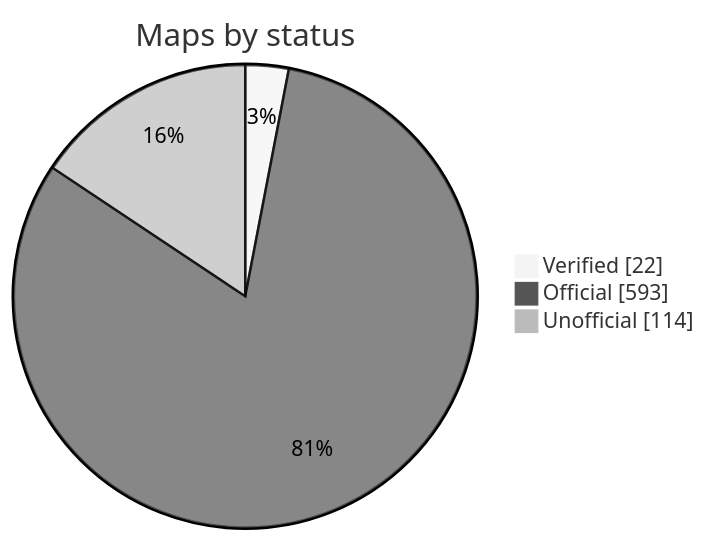
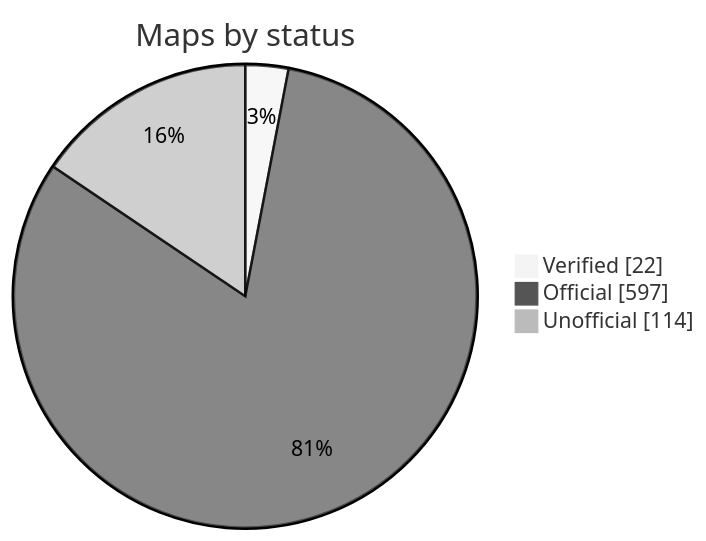
One commit to nobrega8/mbmap-library changed the diagram in README.md. Above: the diagram before and after it, drawn with Mermaid (neutral theme). The commit also changed 9 other files, not shown here.

````diff
--- a/README.md
+++ b/README.md
@@ -52,7 +52,7 @@
 ```mermaid
 pie showData
     title Maps by status
     "Verified" : 22
-    "Official" : 593
+    "Official" : 597
     "Unofficial" : 114
 ```
````
